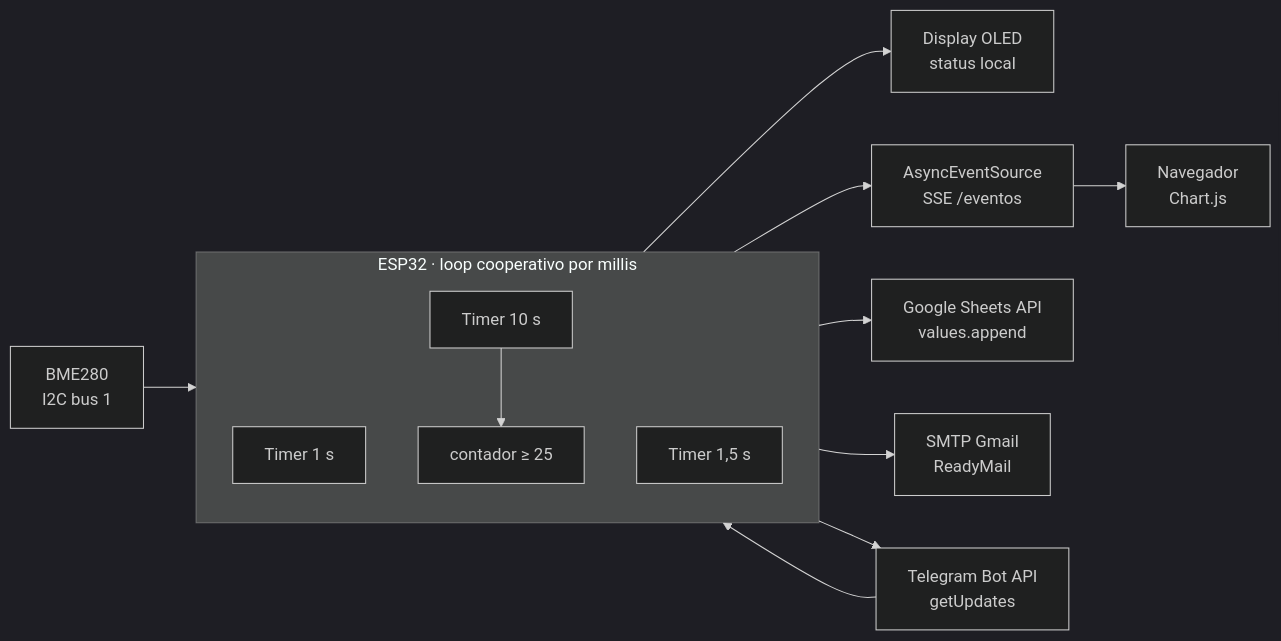
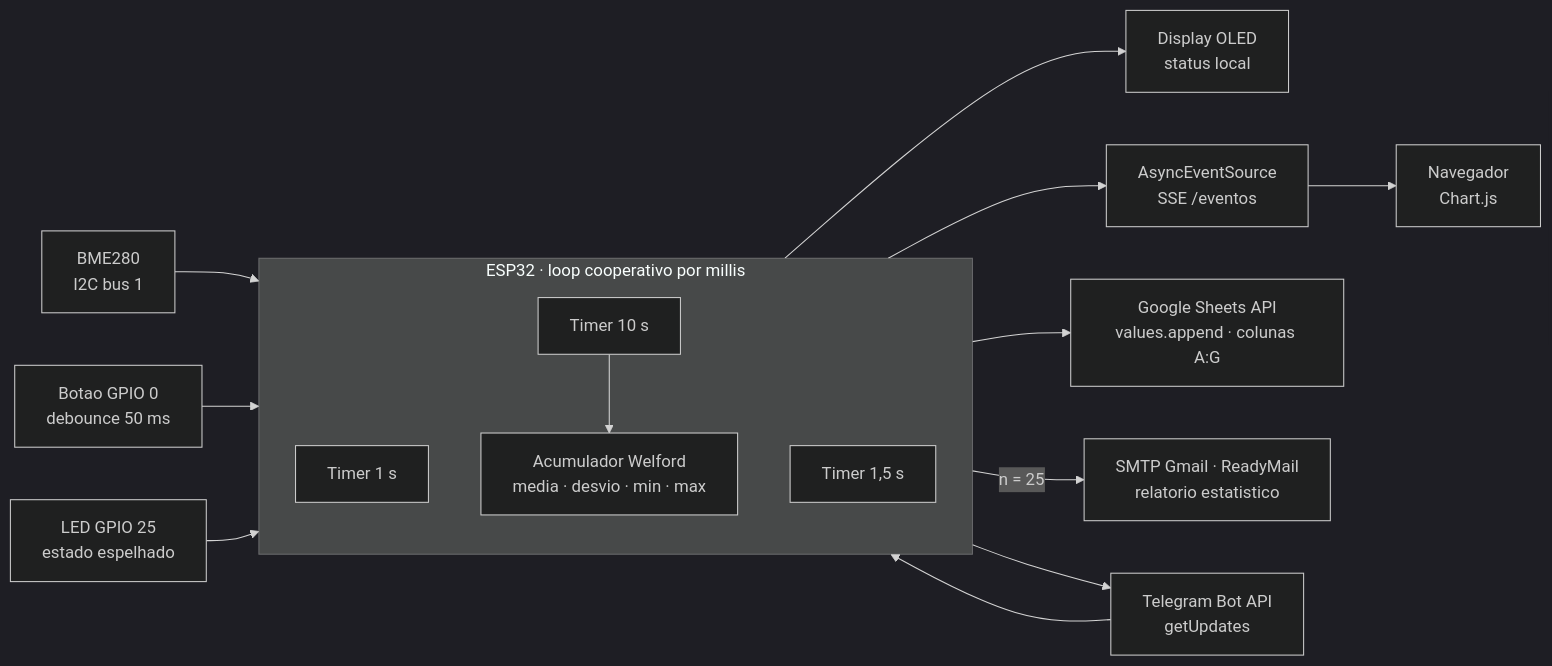
Before and after one commit to GuilhermeBertola1/T1_RIC: the diagram in README.md, drawn with Mermaid (dark theme). The commit also changed other lines of this file, not shown here.

````diff
--- a/README.md
+++ b/README.md
@@ -71,21 +72,23 @@
 ```mermaid
 flowchart LR
     BME[BME280<br/>I2C bus 1] --> ESP
+    BTN[Botao GPIO 0<br/>debounce 50 ms] --> ESP
+    LED[LED GPIO 25<br/>estado espelhado] --> ESP
 
     subgraph ESP[ESP32 · loop cooperativo por millis]
         direction TB
         T1[Timer 1 s]
         T2[Timer 10 s]
         T3[Timer 1,5 s]
-        CNT[contador ≥ 25]
+        ACC[Acumulador Welford<br/>media · desvio · min · max]
     end
 
     ESP --> OLED[Display OLED<br/>status local]
     T1  --> SSE[AsyncEventSource<br/>SSE /eventos]
     SSE --> WEB[Navegador<br/>Chart.js]
-    T2  --> GS[Google Sheets API<br/>values.append]
-    T2  --> CNT
-    CNT --> MAIL[SMTP Gmail<br/>ReadyMail]
+    T2  --> GS[Google Sheets API<br/>values.append · colunas A:G]
+    T2  --> ACC
+    ACC -- "n = 25" --> MAIL[SMTP Gmail · ReadyMail<br/>relatorio estatistico]
     T3  --> TG[Telegram Bot API<br/>getUpdates]
     TG  --> ESP
 ```
````
